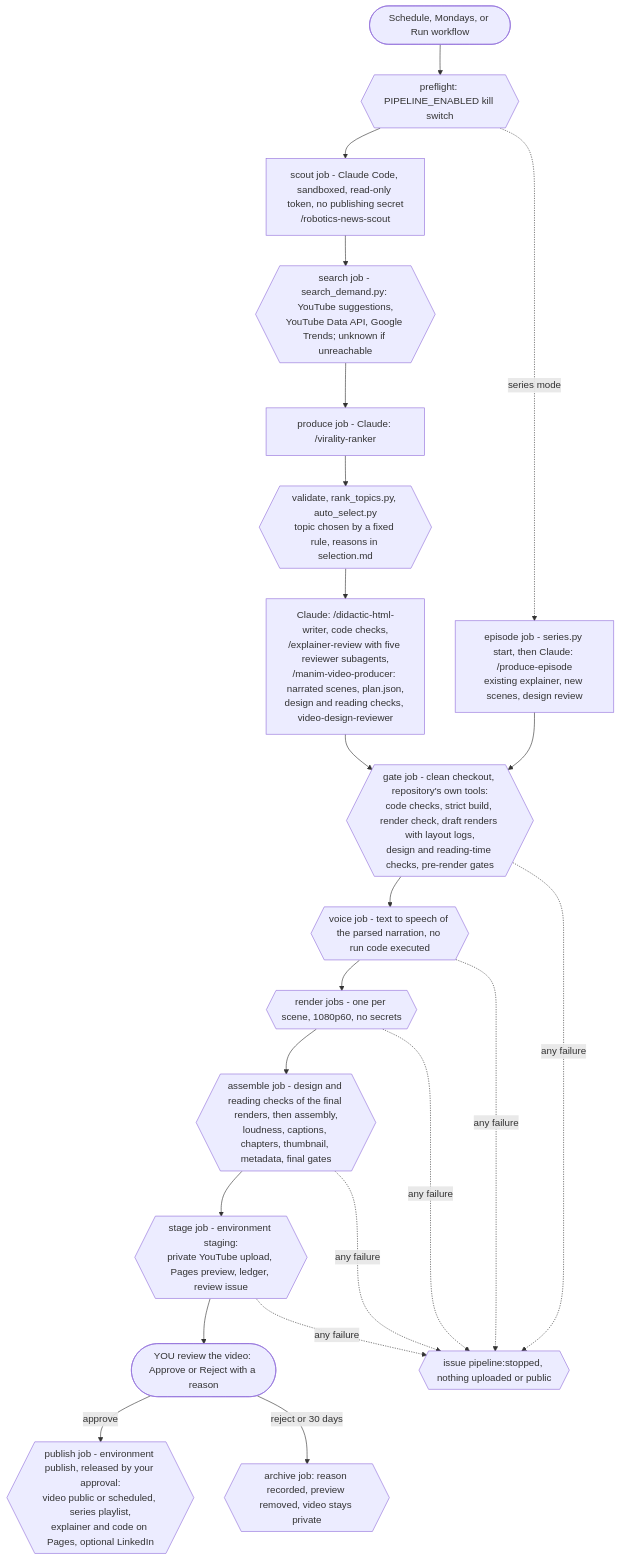
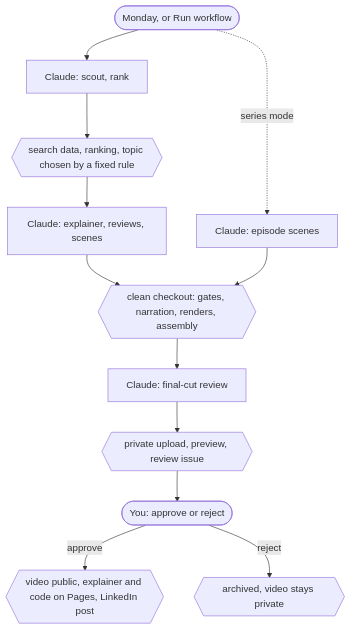
The diagram in README.md (gianluca-garofalo/claude_robotics_explainer), drawn with Mermaid before and after one commit. The commit also changed other lines of this file and 9 other files, not shown here.

````diff
--- a/README.md
+++ b/README.md
@@ -47,20 +194,13 @@
 ```mermaid
 flowchart TD
-    T([Schedule, Mondays, or Run workflow]) --> K{{preflight: PIPELINE_ENABLED kill switch}}
-    K --> C0[scout job - Claude Code, sandboxed, read-only token, no publishing secret<br/>/robotics-news-scout]
-    C0 --> SD{{search job - search_demand.py: YouTube suggestions,<br/>YouTube Data API, Google Trends; unknown if unreachable}}
-    SD --> C1[produce job - Claude: /virality-ranker]
-    C1 --> S{{validate, rank_topics.py, auto_select.py<br/>topic chosen by a fixed rule, reasons in selection.md}}
-    S --> C2[Claude: /didactic-html-writer, code checks,<br/>/explainer-review with five reviewer subagents,<br/>/manim-video-producer: narrated scenes, plan.json,<br/>design and reading checks, video-design-reviewer]
-    K -. series mode .-> E[episode job - series.py start, then Claude: /produce-episode<br/>existing explainer, new scenes, design review]
-    C2 --> G{{gate job - clean checkout, repository's own tools:<br/>code checks, strict build, render check, draft renders with layout logs,<br/>design and reading-time checks, pre-render gates}}
-    E --> G
-    G --> V{{voice job - text to speech of the parsed narration, no run code executed}}
-    V --> R{{render jobs - one per scene, 1080p60, no secrets}}
-    R --> A{{assemble job - design and reading checks of the final renders, then assembly,<br/>loudness, captions, chapters, thumbnail, metadata, final gates}}
-    A --> ST{{stage job - environment staging:<br/>private YouTube upload, Pages preview, ledger, review issue}}
-    ST --> H([YOU review the video: Approve or Reject with a reason])
-    H -->|approve| P{{publish job - environment publish, released by your approval:<br/>video public or scheduled, series playlist,<br/>explainer and code on Pages, optional LinkedIn}}
-    H -->|reject or 30 days| X{{archive job: reason recorded, preview removed, video stays private}}
-    G & V & R & A & ST -. any failure .-> F{{issue pipeline:stopped, nothing uploaded or public}}
+    T([Monday, or Run workflow]) --> C[Claude: scout, rank]
+    C --> S{{search data, ranking, topic chosen by a fixed rule}}
+    S --> W[Claude: explainer, reviews, scenes]
+    T -. series mode .-> E[Claude: episode scenes]
+    W & E --> G{{clean checkout: gates, narration, renders, assembly}}
+    G --> F[Claude: final-cut review]
+    F --> U{{private upload, preview, review issue}}
+    U --> H([You: approve or reject])
+    H -->|approve| P{{video public, explainer and code on Pages, LinkedIn post}}
+    H -->|reject| X{{archived, video stays private}}
 ```
````
